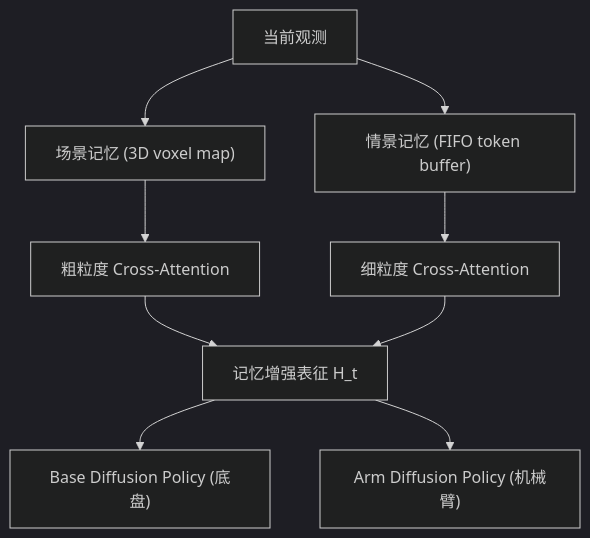
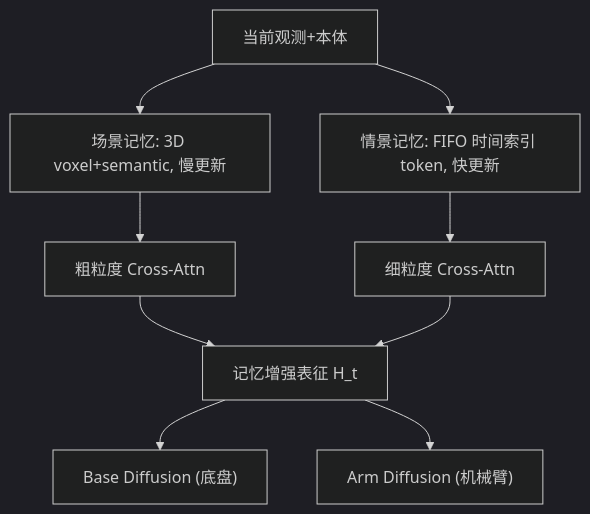
Before and after one commit to luohu-arch/physical_intelligence_study: the diagram in notes/memory/echovla.md, drawn with Mermaid (dark theme). The commit also changed other lines of this file and 6 other files, not shown here.

````diff
--- a/notes/memory/echovla.md
+++ b/notes/memory/echovla.md
@@ -22,11 +22,11 @@
 ```mermaid
 graph TD
-    OBS["当前观测"] --> SCENE["场景记忆 (3D voxel map)"]
-    OBS --> EPISODIC["情景记忆 (FIFO token buffer)"]
-    SCENE --> COARSE["粗粒度 Cross-Attention"]
-    EPISODIC --> FINE["细粒度 Cross-Attention"]
+    OBS["当前观测+本体"] --> SCENE["场景记忆: 3D voxel+semantic, 慢更新"]
+    OBS --> EPIS["情景记忆: FIFO 时间索引 token, 快更新"]
+    SCENE --> COARSE["粗粒度 Cross-Attn"]
+    EPIS --> FINE["细粒度 Cross-Attn"]
     COARSE --> FUSION["记忆增强表征 H_t"]
     FINE --> FUSION
-    FUSION --> BASE["Base Diffusion Policy (底盘)"]
-    FUSION --> ARM["Arm Diffusion Policy (机械臂)"]
+    FUSION --> BASE["Base Diffusion (底盘)"]
+    FUSION --> ARM["Arm Diffusion (机械臂)"]
 ```
````
